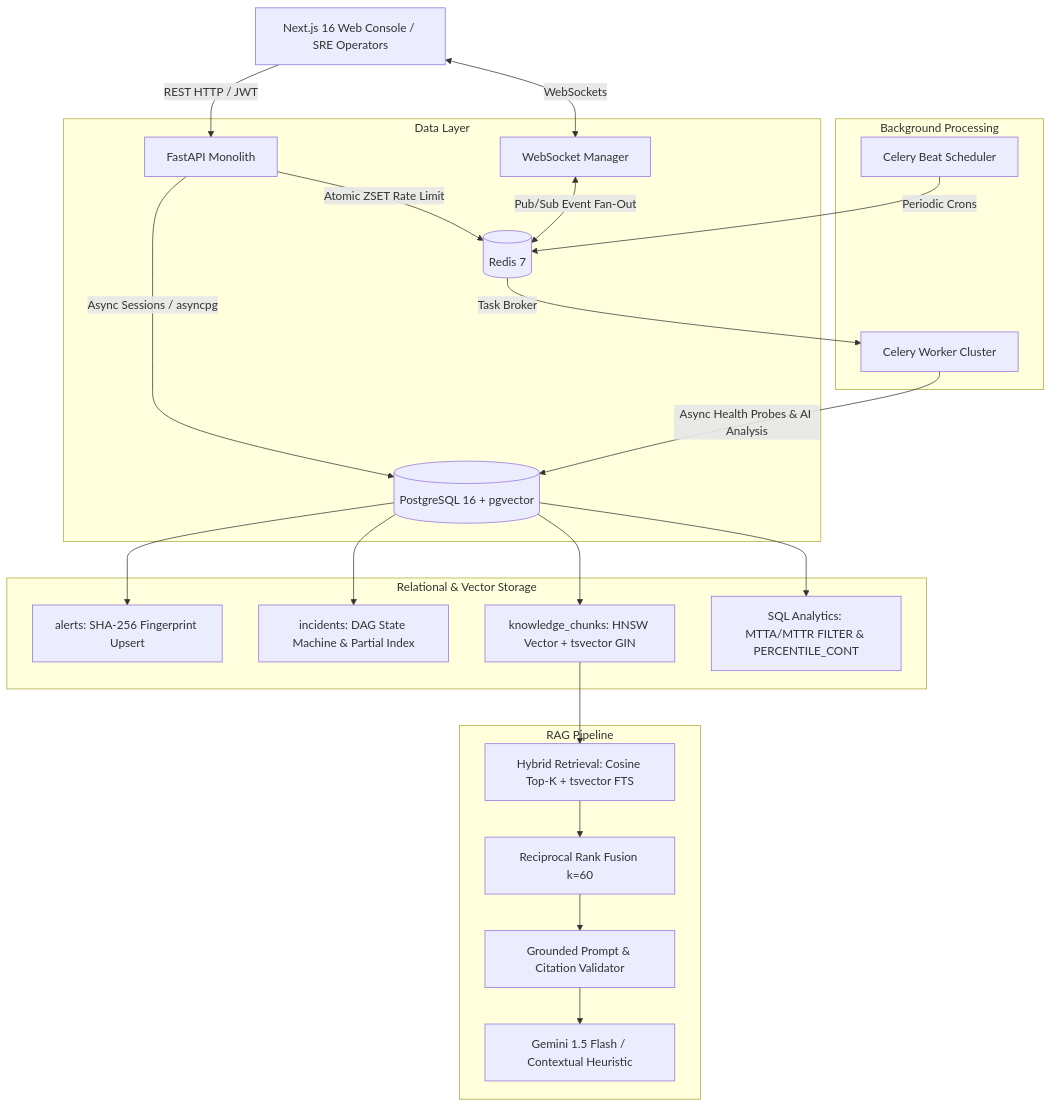
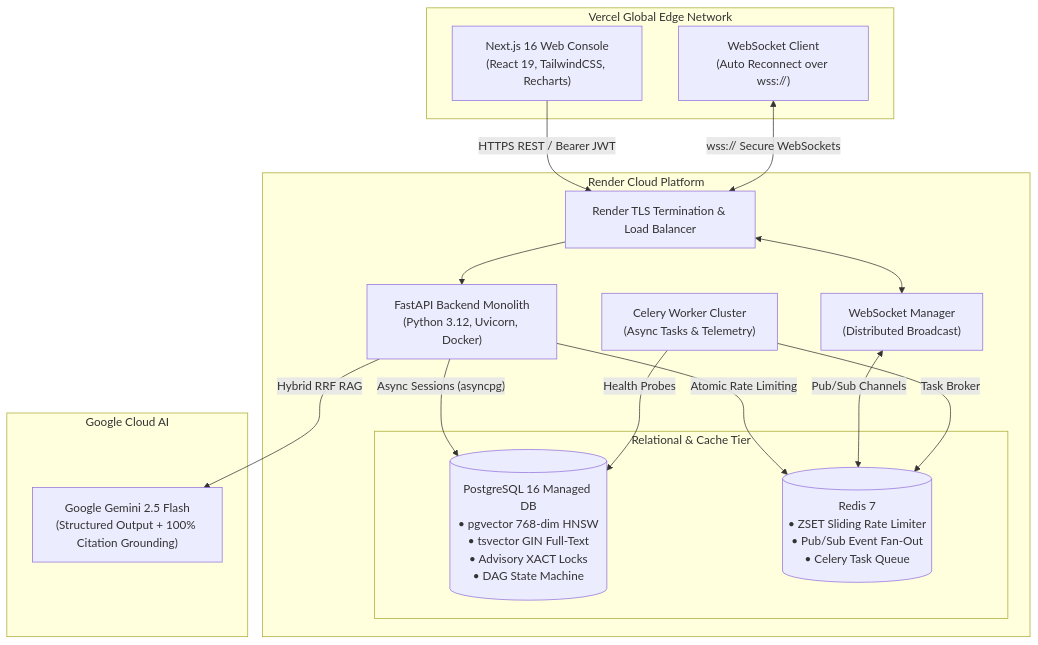
Before and after one commit to Jeyasaravanan18/incident-aiops-platform: the diagram in README.md, drawn with Mermaid. The commit also changed other lines of this file and 2 other files, not shown here.

Commit message:
docs: update README, architecture, and deployment guide for Vercel and Render stack

````diff
--- a/README.md
+++ b/README.md
@@ -16,31 +42,36 @@
 ```mermaid
 flowchart TD
-    Client[Next.js 16 Web Console / SRE Operators] -->|REST HTTP / JWT| API[FastAPI Monolith]
-    Client <-->|WebSockets| WSMgr[WebSocket Manager]
-    
-    subgraph Data Layer
-        API -->|Async Sessions / asyncpg| PG[(PostgreSQL 16 + pgvector)]
-        API -->|Atomic ZSET Rate Limit| Redis[(Redis 7)]
-        WSMgr <-->|Pub/Sub Event Fan-Out| Redis
+    subgraph VercelEdge["Vercel Global Edge Network"]
+        Client["Next.js 16 Web Console<br/>(React 19, TailwindCSS, Recharts)"]
+        WSClient["WebSocket Client<br/>(Auto Reconnect over wss://)"]
     end
 
-    subgraph Relational & Vector Storage
-        PG --> Alerts[alerts: SHA-256 Fingerprint Upsert]
-        PG --> Incidents[incidents: DAG State Machine & Partial Index]
-        PG --> Knowledge[knowledge_chunks: HNSW Vector + tsvector GIN]
-        PG --> Analytics[SQL Analytics: MTTA/MTTR FILTER & PERCENTILE_CONT]
+    subgraph RenderCloud["Render Cloud Platform"]
+        Ingress["Render TLS Termination & Load Balancer"]
+        API["FastAPI Backend Monolith<br/>(Python 3.12, Uvicorn, Docker)"]
+        WSMgr["WebSocket Manager<br/>(Distributed Broadcast)"]
+        CeleryWorker["Celery Worker Cluster<br/>(Async Tasks & Telemetry)"]
+        
+        subgraph DataLayer["Relational & Cache Tier"]
+            PG[("PostgreSQL 16 Managed DB<br/>• pgvector 768-dim HNSW<br/>• tsvector GIN Full-Text<br/>• Advisory XACT Locks<br/>• DAG State Machine")]
+            Redis[("Redis 7<br/>• ZSET Sliding Rate Limiter<br/>• Pub/Sub Event Fan-Out<br/>• Celery Task Queue")]
+        end
     end
 
-    subgraph Background Processing
-        Redis -->|Task Broker| CeleryWorker[Celery Worker Cluster]
-        CeleryBeat[Celery Beat Scheduler] -->|Periodic Crons| Redis
-        CeleryWorker -->|Async Health Probes & AI Analysis| PG
+    subgraph GoogleAI["Google Cloud AI"]
+        Gemini["Google Gemini 2.5 Flash<br/>(Structured Output + 100% Citation Grounding)"]
     end
 
-    subgraph RAG Pipeline
-        Knowledge --> Retrieval[Hybrid Retrieval: Cosine Top-K + tsvector FTS]
-        Retrieval --> RRF[Reciprocal Rank Fusion k=60]
-        RRF --> Grounding[Grounded Prompt & Citation Validator]
-        Grounding --> LLM[Gemini 1.5 Flash / Contextual Heuristic]
-    end
+    Client -->|"HTTPS REST / Bearer JWT"| Ingress
+    WSClient <-->|"wss:// Secure WebSockets"| Ingress
+    Ingress --> API
+    Ingress <--> WSMgr
+
+    API -->|"Async Sessions (asyncpg)"| PG
+    API -->|"Atomic Rate Limiting"| Redis
+    WSMgr <-->|"Pub/Sub Channels"| Redis
+    CeleryWorker -->|"Task Broker"| Redis
+    CeleryWorker -->|"Health Probes"| PG
+
+    API -->|"Hybrid RRF RAG"| Gemini
 ```
````
